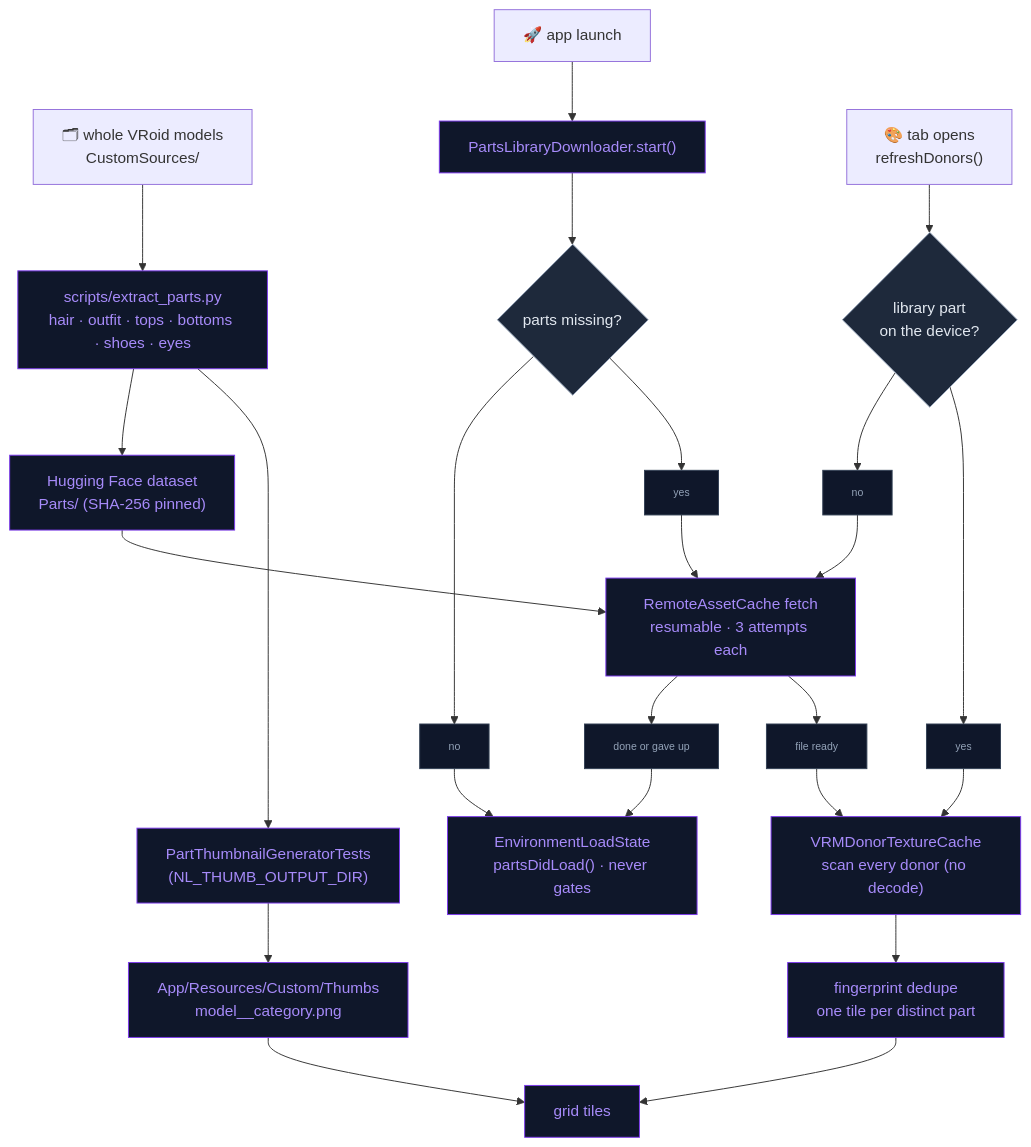
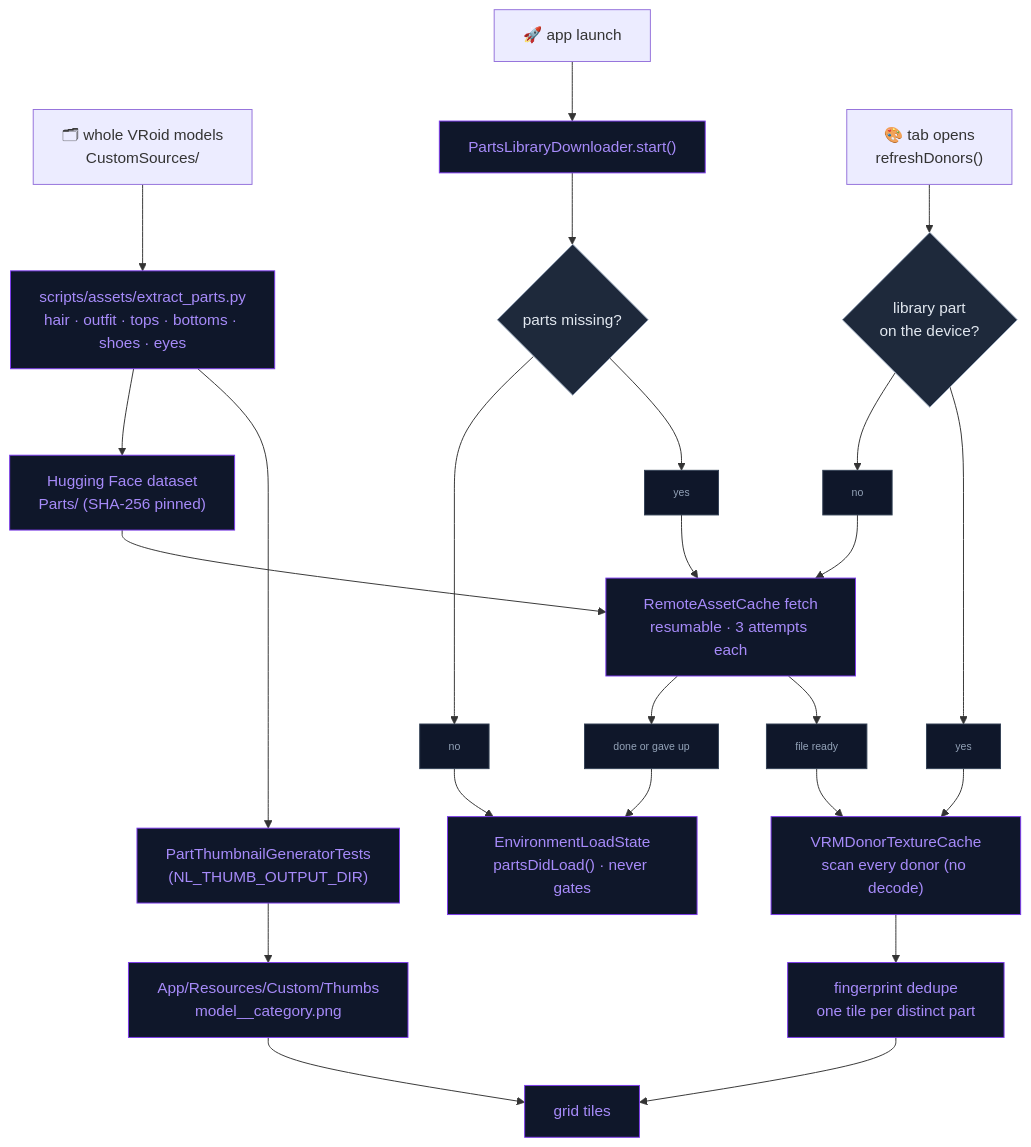
One commit to kevinliddel/NeuraLink changed the third of 3 diagrams in docs/Engine/CHARACTER_CUSTOMIZATION.md. Above: the diagram before and after it, drawn with Mermaid. The commit also changed other lines of this file and 25 other files, not shown here.

First line of the commit message:
refactor: group scripts into tools, motion and assets folders

````diff
--- a/docs/Engine/CHARACTER_CUSTOMIZATION.md
+++ b/docs/Engine/CHARACTER_CUSTOMIZATION.md
@@ -381,33 +381,33 @@
 ```mermaid
 flowchart TD
-    SRC["🗂 whole VRoid models<br/>CustomSources/"] --> EXTRACT["scripts/extract_parts.py<br/>hair · outfit · tops · bottoms · shoes · eyes"]
+    SRC["🗂 whole VRoid models<br/>CustomSources/"] --> EXTRACT["scripts/assets/extract_parts.py<br/>hair · outfit · tops · bottoms · shoes · eyes"]
     EXTRACT --> HF["Hugging Face dataset<br/>Parts/ (SHA-256 pinned)"]
     EXTRACT --> GEN["PartThumbnailGeneratorTests<br/>(NL_THUMB_OUTPUT_DIR)"]
     GEN --> THUMBS["App/Resources/Custom/Thumbs<br/>model__category.png"]
 
     LAUNCH["🚀 app launch"] --> DL["PartsLibraryDownloader.start()"]
     DL --> MISSING{"parts missing?"}
     MISSING --> D1["no"] --> GATE["EnvironmentLoadState<br/>partsDidLoad() · never gates"]
     MISSING --> D2["yes"] --> FETCH["RemoteAssetCache fetch<br/>resumable · 3 attempts each"]
     HF --> FETCH
     FETCH --> D3["done or gave up"] --> GATE
 
     OPEN["🎨 tab opens<br/>refreshDonors()"] --> ONDISK{"library part<br/>on the device?"}
     ONDISK --> D4["no"] --> FETCH
     ONDISK --> D5["yes"] --> SCAN["VRMDonorTextureCache<br/>scan every donor (no decode)"]
     FETCH --> D6["file ready"] --> SCAN
     SCAN --> DEDUPE["fingerprint dedupe<br/>one tile per distinct part"]
     THUMBS --> TILES["grid tiles"]
     DEDUPE --> TILES
 
     %% Styles
     classDef core fill:#0f172a,stroke:#7c3aed,color:#a78bfa
     classDef decision fill:#1e293b,stroke:#94a3b8,color:#e2e8f0
 
     class EXTRACT,HF,GEN,THUMBS,DL,FETCH,GATE,SCAN,DEDUPE,TILES core
     class MISSING,ONDISK decision
 
     %% Data nodes (consistent system-wide)
     classDef data fill:#0f172a,stroke:#334155,color:#94a3b8,font-size:11px
     class D1,D2,D3,D4,D5,D6 data
 ```
````
